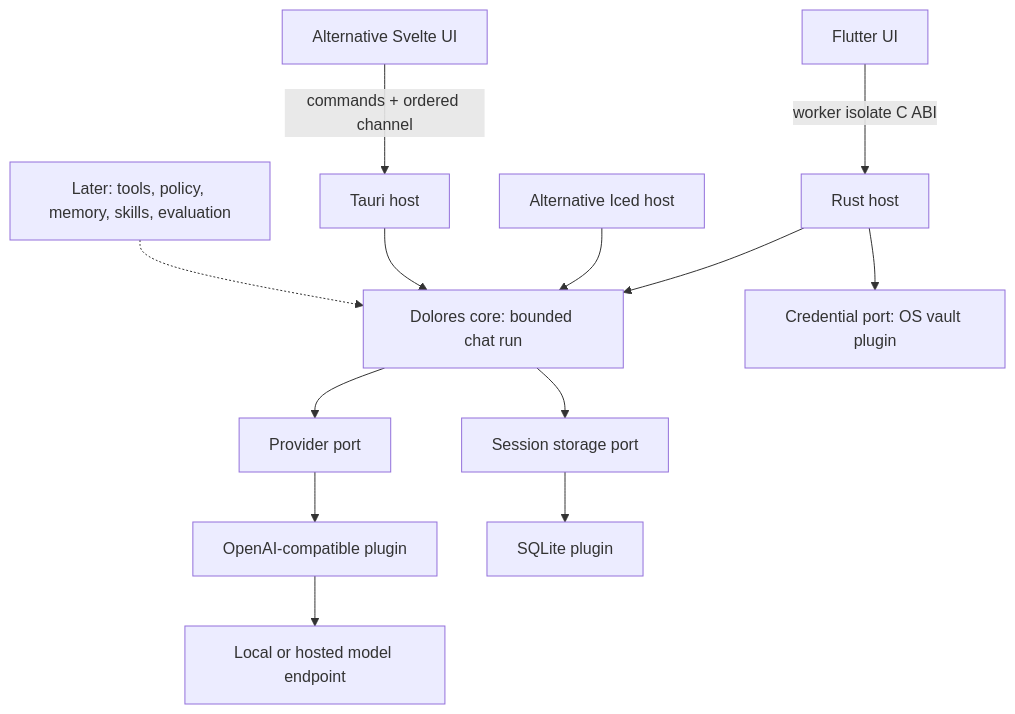
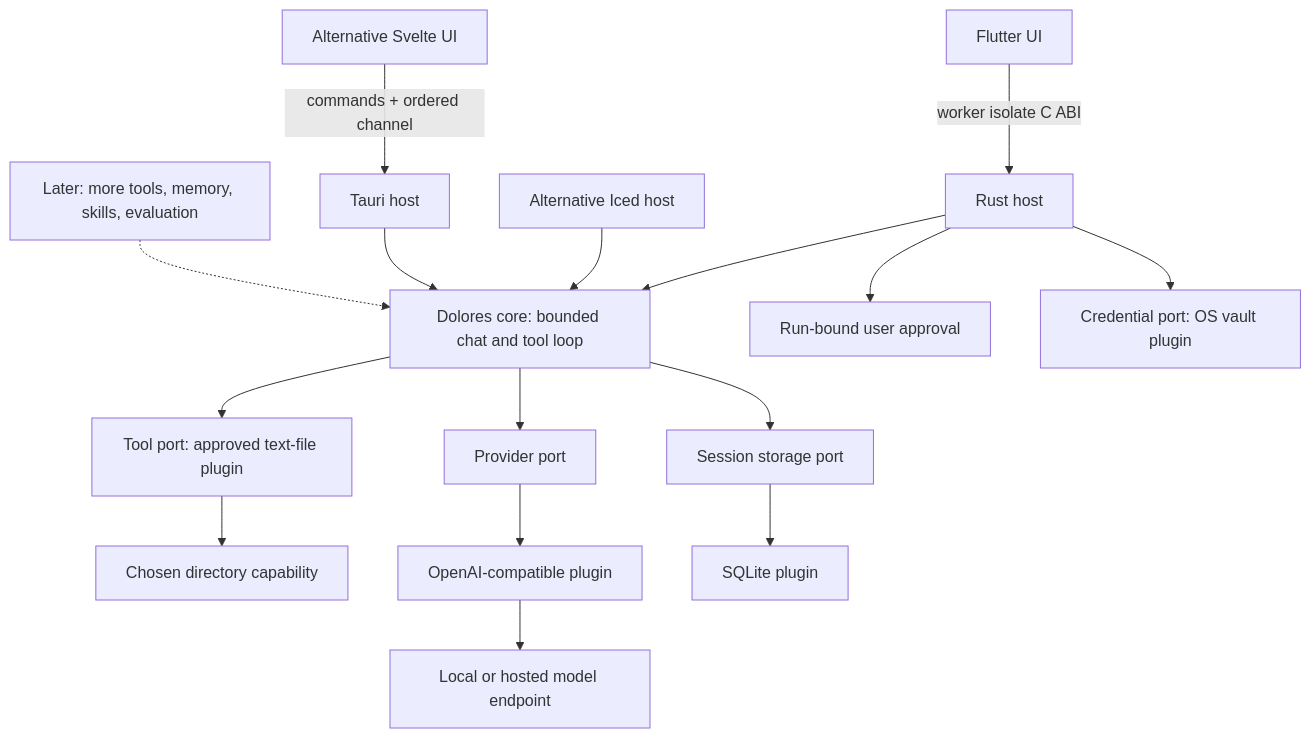
The diagram in docs/ARCHITECTURE.md (J-ZhengLi/Dolores), drawn with Mermaid before and after one commit. The commit also changed other lines of this file and 31 other files, not shown here.

First line of the commit message:
feat: [tools] Add approved file reads and a bounded agent loop

````diff
--- a/docs/ARCHITECTURE.md
+++ b/docs/ARCHITECTURE.md
@@ -22,15 +23,18 @@
 ```mermaid
 flowchart TB
   Flutter[Flutter UI] -->|worker isolate C ABI| Bridge[Rust host]
-  Bridge --> Core[Dolores core: bounded chat run]
+  Bridge --> Core[Dolores core: bounded chat and tool loop]
+  Bridge --> Approval[Run-bound user approval]
+  Core --> Tools[Tool port: approved text-file plugin]
+  Tools --> Folder[Chosen directory capability]
   Bridge --> Credentials[Credential port: OS vault plugin]
   Native[Alternative Iced host] --> Core
   UI[Alternative Svelte UI] -->|commands + ordered channel| Host[Tauri host]
   Host --> Core
   Core --> Provider[Provider port]
   Core --> Store[Session storage port]
   Provider --> Compatible[OpenAI-compatible plugin]
   Store --> SQLite[SQLite plugin]
   Compatible --> Model[Local or hosted model endpoint]
-  Future[Later: tools, policy, memory, skills, evaluation] -.-> Core
+  Future[Later: more tools, memory, skills, evaluation] -.-> Core
 ```
````
